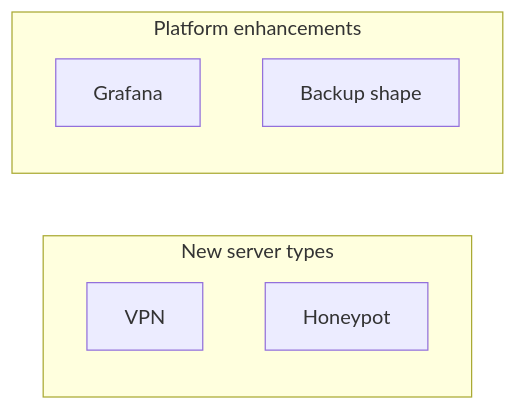
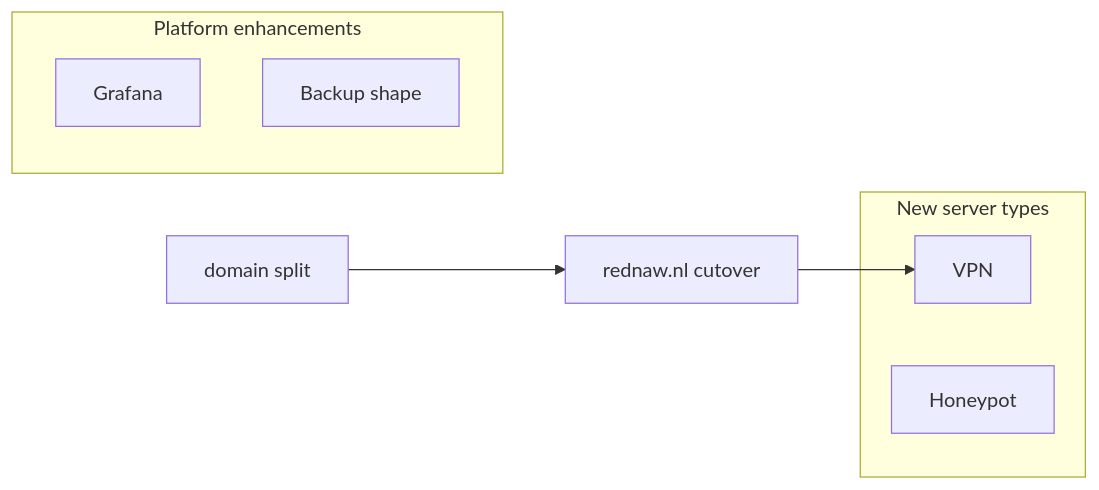
The diagram in docs/future/README.md (rednaw/iac), drawn with Mermaid before and after one commit. The commit also changed other lines of this file and 2 other files, not shown here.

````diff
--- a/docs/future/README.md
+++ b/docs/future/README.md
@@ -7,11 +7,14 @@
 ```mermaid
 flowchart LR
+  split[domain split]
+  cutover[rednaw.nl cutover]
   subgraph servers [New server types]
     vpn[VPN]
     honeypot[Honeypot]
   end
   subgraph enhancements [Platform enhancements]
     grafana[Grafana]
     backup[Backup shape]
   end
+  split --> cutover --> vpn
 ```
````
